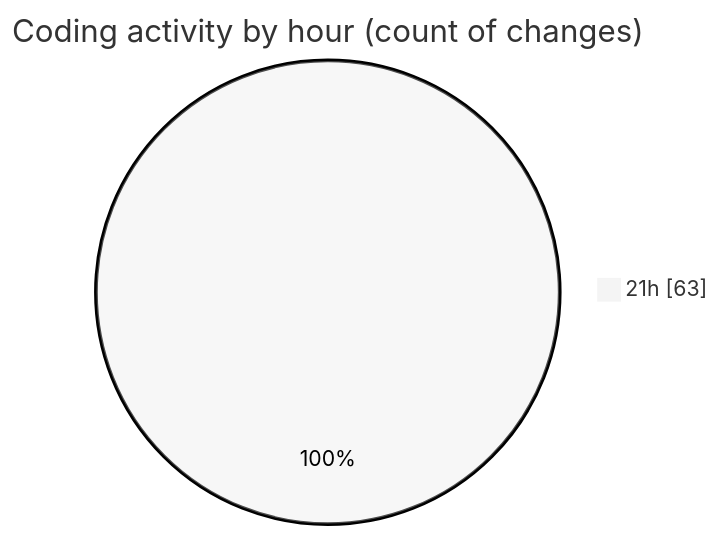
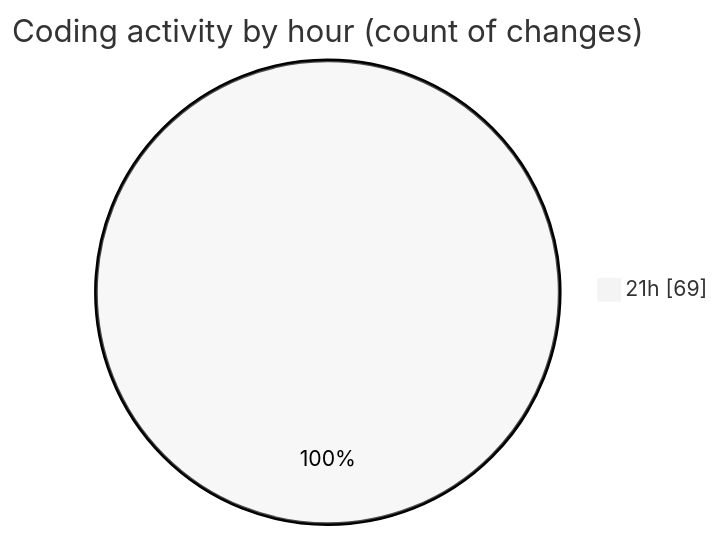
The second of 2 diagrams in 2025-04-05/schoolmanagement/README.md (Netris89/code-tracking), drawn with Mermaid (neutral theme) before and after one commit. The commit also changed other lines of this file and 1 other file, not shown here.

````diff
--- a/2025-04-05/schoolmanagement/README.md
+++ b/2025-04-05/schoolmanagement/README.md
@@ -45,5 +45,5 @@
 ```mermaid
 pie showData
 title Coding activity by hour (count of changes)
-"21h" : 63
+"21h" : 69
 ```
````
